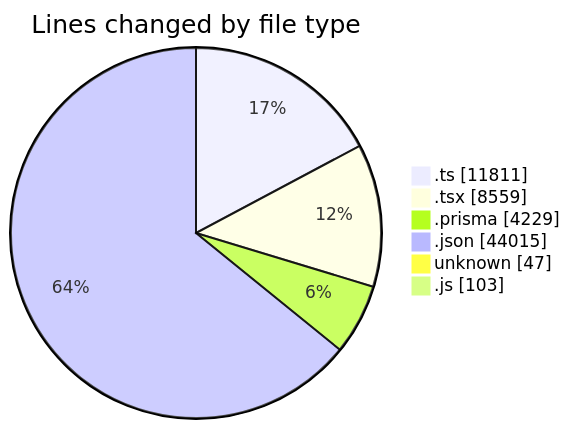
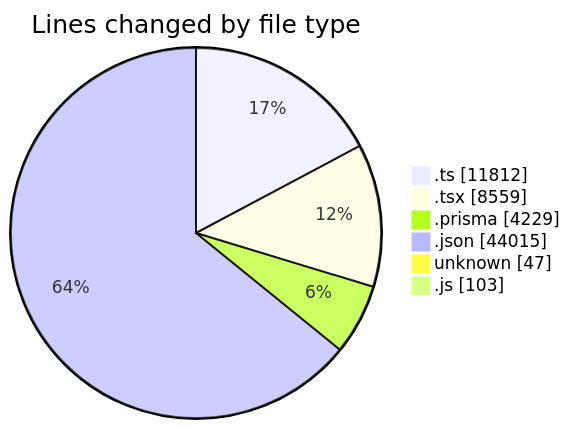
The first of 2 diagrams in 2025-05-19/ecodeli-1/README.md (CELIANVF/code-tracking), drawn with Mermaid before and after one commit. The commit also changed other lines of this file and 1 other file, not shown here.

````diff
--- a/2025-05-19/ecodeli-1/README.md
+++ b/2025-05-19/ecodeli-1/README.md
@@ -87,10 +87,10 @@
 ```mermaid
 pie showData
 title Lines changed by file type
-".ts" : 11811
+".ts" : 11812
 ".tsx" : 8559
 ".prisma" : 4229
 ".json" : 44015
 "unknown" : 47
 ".js" : 103
 ```
````
